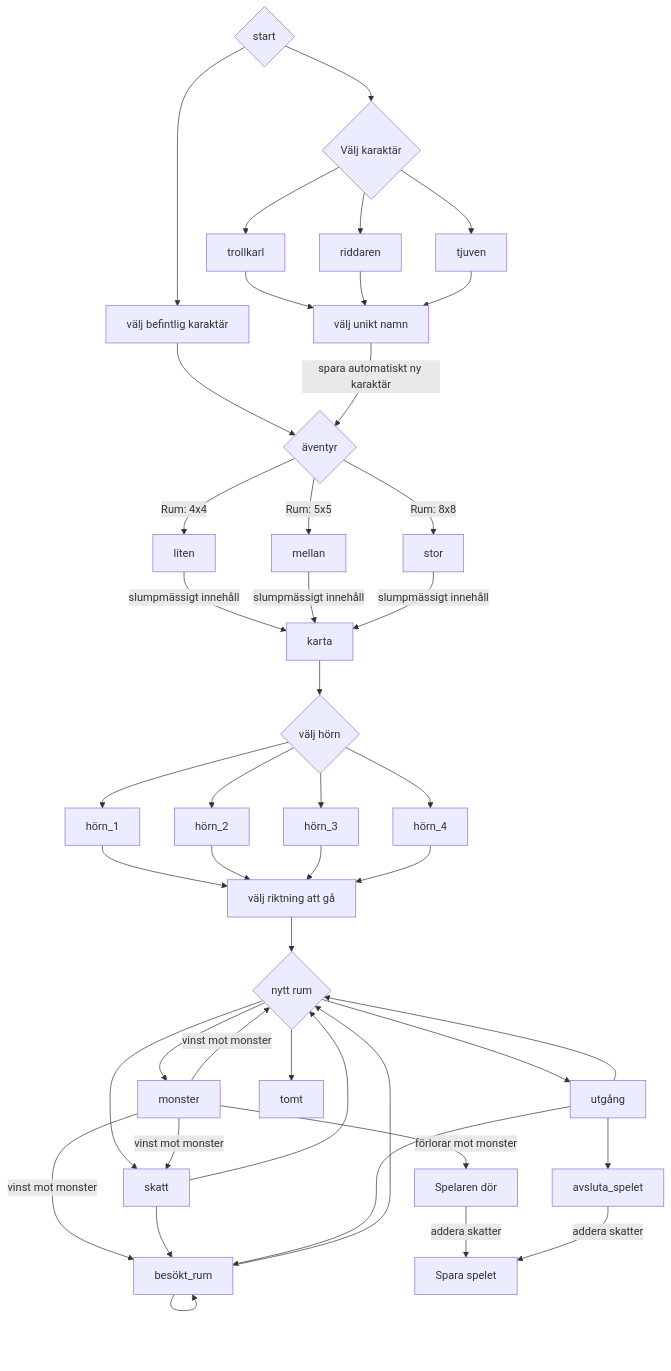
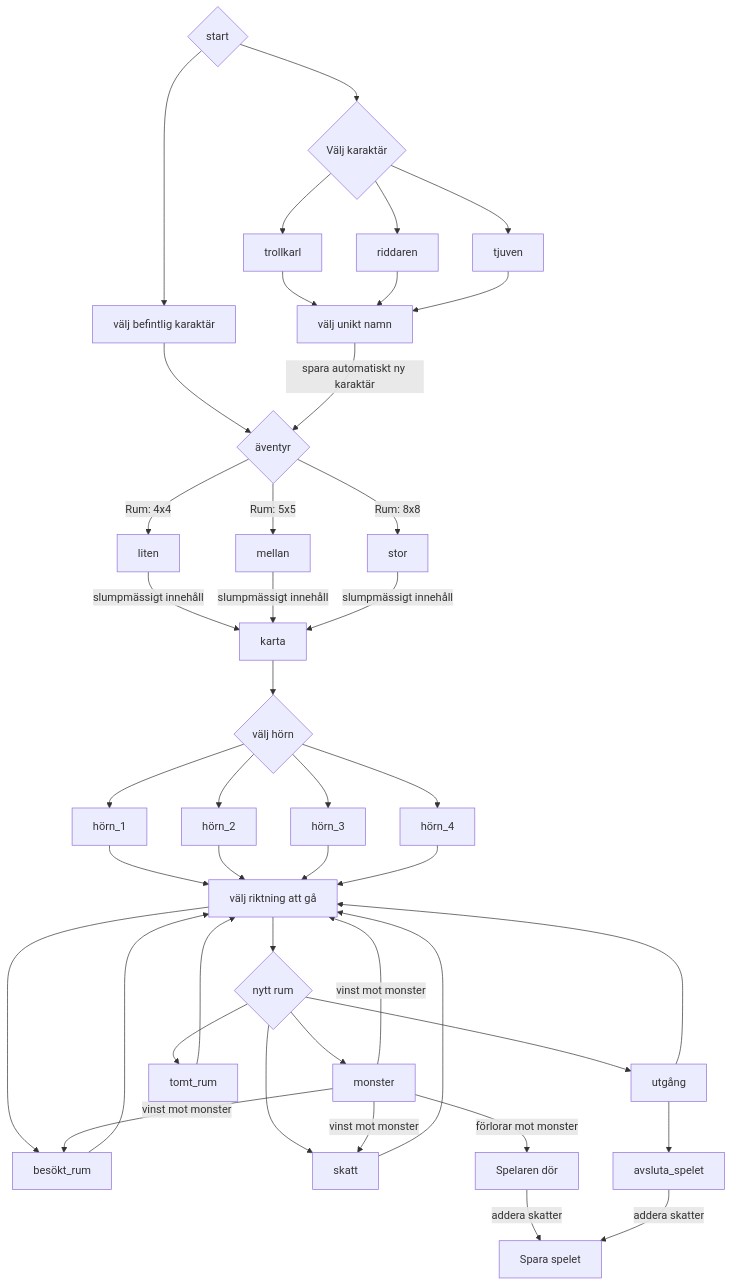
One commit to MarioKhalaf/Lag-2 changed the diagram in dungeon_run_graph.md. Above: the diagram before and after it, drawn with Mermaid. The commit also changed other lines of this file, not shown here.

````diff
--- a/dungeon_run_graph.md
+++ b/dungeon_run_graph.md
@@ -1,47 +3,46 @@
 ```mermaid
 graph TD
     start{start} --> välj_karta{Välj karaktär}
     start --> välj_befintlig_karaktär[välj befintlig karaktär]
     välj_befintlig_karaktär --> äventyr
     välj_karta --> trollkarl
     välj_karta --> riddaren
     välj_karta --> tjuven
     trollkarl --> välj_namn[välj unikt namn]
     riddaren --> välj_namn
     tjuven --> välj_namn
     välj_namn --> |spara automatiskt ny karaktär|äventyr{äventyr}
     äventyr --> |Rum: 4x4|liten
     äventyr --> |Rum: 5x5|mellan
     äventyr --> |Rum: 8x8|stor
     liten --> |slumpmässigt innehåll|karta
     mellan --> |slumpmässigt innehåll|karta
     stor --> |slumpmässigt innehåll|karta
     karta --> välj_hörn{välj hörn}
     välj_hörn --> hörn_1
     välj_hörn --> hörn_2
     välj_hörn --> hörn_3
     välj_hörn --> hörn_4
     hörn_1 --> riktning[välj riktning att gå]
     hörn_2 --> riktning
     hörn_3 --> riktning
     hörn_4 --> riktning
     riktning --> nytt_rum{nytt rum}
+    riktning --> besökt_rum
     nytt_rum --> skatt
     nytt_rum --> monster
     nytt_rum --> utgång
-    nytt_rum --> tomt
+    nytt_rum --> tomt_rum
     monster --> |vinst mot monster|skatt 
     monster --> |vinst mot monster|besökt_rum
-    monster --> |vinst mot monster|nytt_rum
+    monster --> |vinst mot monster|riktning
     monster --> |förlorar mot monster|game_over[Spelaren dör]
-    skatt --> nytt_rum
-    skatt --> besökt_rum
+    skatt --> riktning
     game_over --> |addera skatter|spara_spelet
-    utgång --> besökt_rum
-    utgång --> nytt_rum
+    utgång --> riktning
     utgång --> avsluta_spelet
     avsluta_spelet --> |addera skatter|spara_spelet[Spara spelet]
-    besökt_rum --> besökt_rum
-    besökt_rum --> nytt_rum
+    besökt_rum --> riktning
+    tomt_rum --> riktning
 
 ```
````
